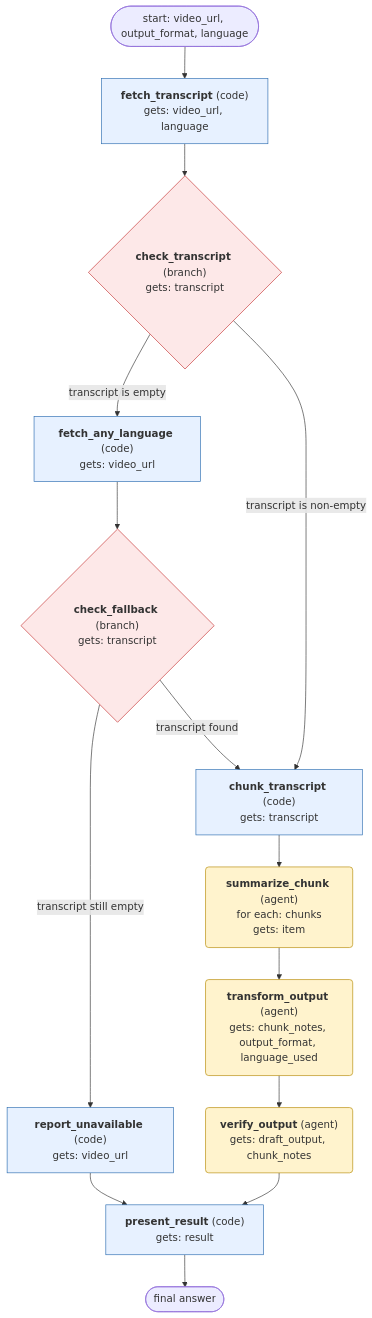
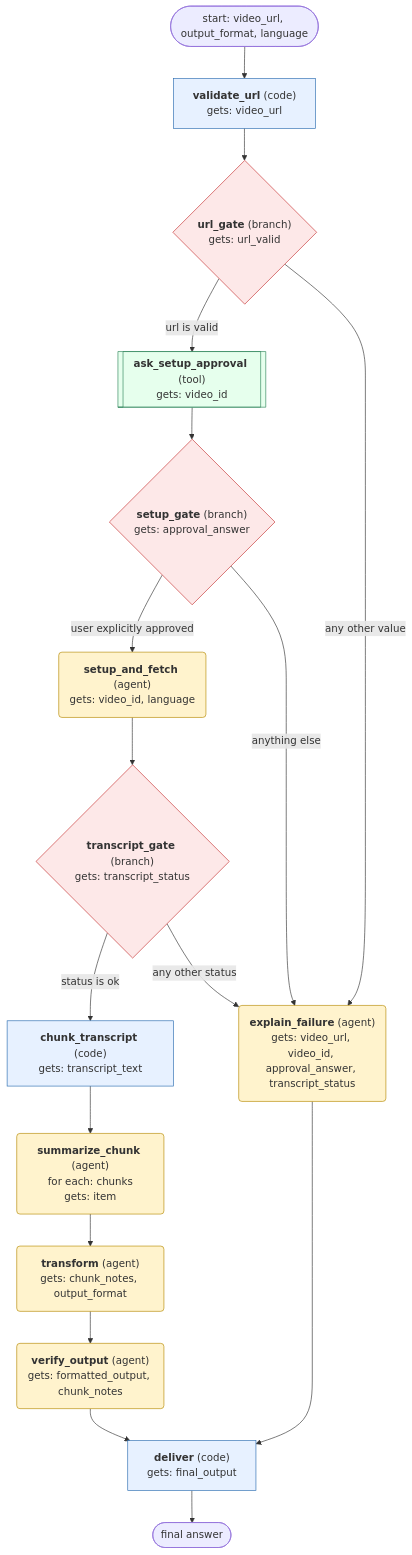
One commit to payalkanyan/hermes-pilot changed the diagram in workflow/generated/youtube-content/FLOWCHART.md. Above: the diagram before and after it, drawn with Mermaid. The commit also changed other lines of this file and 39 other files, not shown here.

````diff
--- a/workflow/generated/youtube-content/FLOWCHART.md
+++ b/workflow/generated/youtube-content/FLOWCHART.md
@@ -5,34 +5,40 @@
 ```mermaid
 flowchart TD
   start(["start: video_url, output_format, language"])
-  fetch_transcript["<b>fetch_transcript</b> (code)<br/>gets: video_url, language"]
-  check_transcript{"<b>check_transcript</b> (branch)<br/>gets: transcript"}
-  fetch_any_language["<b>fetch_any_language</b> (code)<br/>gets: video_url"]
-  check_fallback{"<b>check_fallback</b> (branch)<br/>gets: transcript"}
-  report_unavailable["<b>report_unavailable</b> (code)<br/>gets: video_url"]
-  chunk_transcript["<b>chunk_transcript</b> (code)<br/>gets: transcript"]
+  validate_url["<b>validate_url</b> (code)<br/>gets: video_url"]
+  url_gate{"<b>url_gate</b> (branch)<br/>gets: url_valid"}
+  ask_setup_approval[["<b>ask_setup_approval</b> (tool)<br/>gets: video_id"]]
+  setup_gate{"<b>setup_gate</b> (branch)<br/>gets: approval_answer"}
+  setup_and_fetch("<b>setup_and_fetch</b> (agent)<br/>gets: video_id, language")
+  transcript_gate{"<b>transcript_gate</b> (branch)<br/>gets: transcript_status"}
+  chunk_transcript["<b>chunk_transcript</b> (code)<br/>gets: transcript_text"]
   summarize_chunk("<b>summarize_chunk</b> (agent)<br/>for each: chunks<br/>gets: item")
-  transform_output("<b>transform_output</b> (agent)<br/>gets: chunk_notes, output_format, language_used")
-  verify_output("<b>verify_output</b> (agent)<br/>gets: draft_output, chunk_notes")
-  present_result["<b>present_result</b> (code)<br/>gets: result"]
-  present_result --> finish(["final answer"])
-  start --> fetch_transcript
-  fetch_transcript --> check_transcript
-  check_transcript -->|transcript is empty| fetch_any_language
-  check_transcript -->|transcript is non-empty| chunk_transcript
-  fetch_any_language --> check_fallback
-  check_fallback -->|transcript still empty| report_unavailable
-  check_fallback -->|transcript found| chunk_transcript
-  report_unavailable --> present_result
+  transform("<b>transform</b> (agent)<br/>gets: chunk_notes, output_format")
+  verify_output("<b>verify_output</b> (agent)<br/>gets: formatted_output, chunk_notes")
+  explain_failure("<b>explain_failure</b> (agent)<br/>gets: video_url, video_id, approval_answer, transcript_status")
+  deliver["<b>deliver</b> (code)<br/>gets: final_output"]
+  deliver --> finish(["final answer"])
+  start --> validate_url
+  validate_url --> url_gate
+  url_gate -->|url is valid| ask_setup_approval
+  url_gate -->|any other value| explain_failure
+  ask_setup_approval --> setup_gate
+  setup_gate -->|user explicitly approved| setup_and_fetch
+  setup_gate -->|anything else| explain_failure
+  setup_and_fetch --> transcript_gate
+  transcript_gate -->|status is ok| chunk_transcript
+  transcript_gate -->|any other status| explain_failure
   chunk_transcript --> summarize_chunk
-  summarize_chunk --> transform_output
-  transform_output --> verify_output
-  verify_output --> present_result
+  summarize_chunk --> transform
+  transform --> verify_output
+  verify_output --> deliver
+  explain_failure --> deliver
   classDef agent fill:#fff3cd,stroke:#b58900;
   classDef code fill:#e7f1ff,stroke:#2b6cb0;
   classDef tool fill:#e6ffed,stroke:#2f855a;
   classDef branch fill:#fde8e8,stroke:#c53030;
-  class summarize_chunk,transform_output,verify_output agent;
-  class check_transcript,check_fallback branch;
-  class fetch_transcript,fetch_any_language,report_unavailable,chunk_transcript,present_result code;
+  class ask_setup_approval tool;
+  class setup_and_fetch,summarize_chunk,transform,verify_output,explain_failure agent;
+  class validate_url,chunk_transcript,deliver code;
+  class url_gate,setup_gate,transcript_gate branch;
 ```
````
